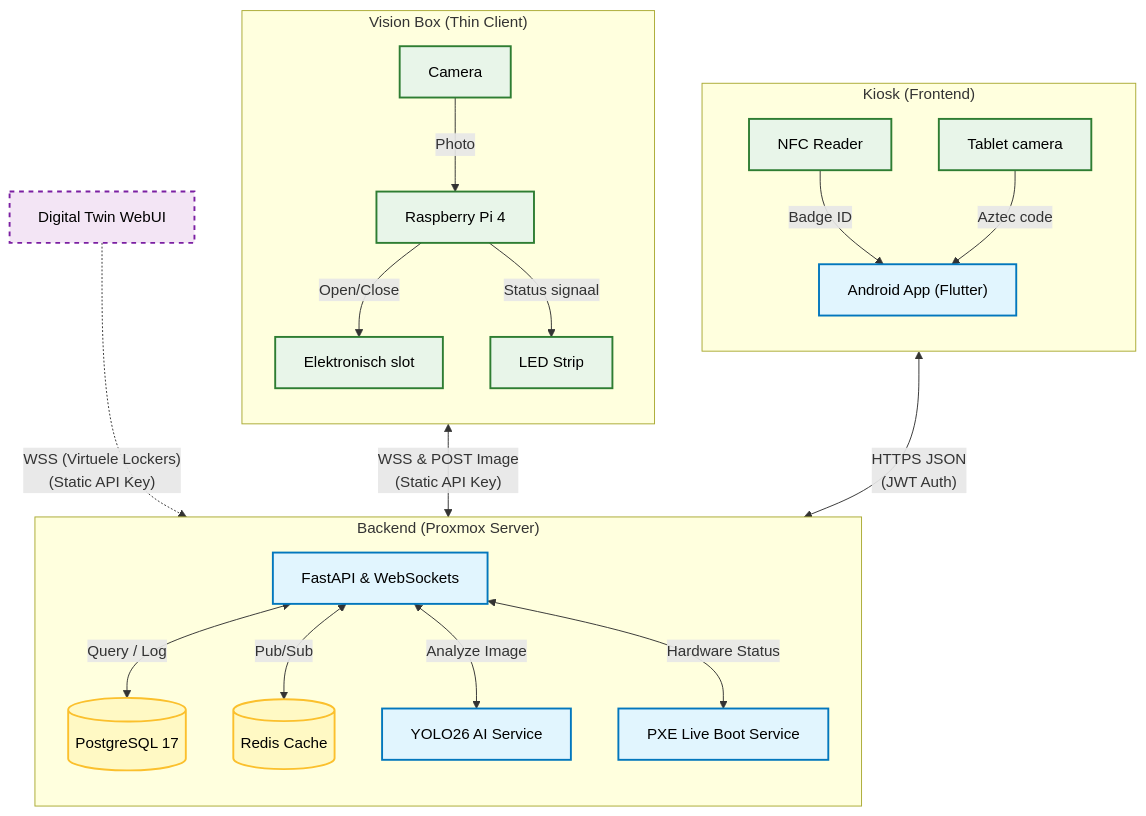
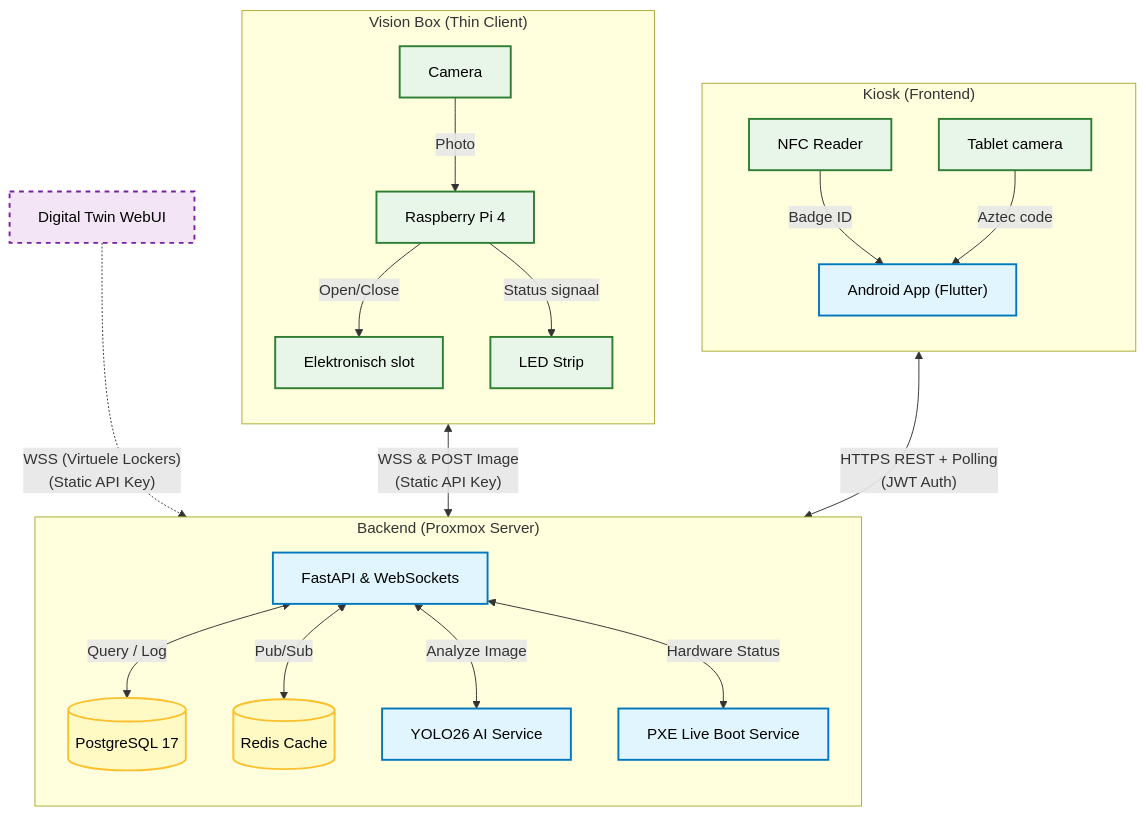
One commit to easylend-practice-enterprise/easylend changed the second of 3 diagrams in docs/architecture.md. Above: the diagram before and after it, drawn with Mermaid. The commit also changed 4 other files, not shown here.

Commit message:
docs: align architecture.md logical topology with REST polling strategy

````diff
--- a/docs/architecture.md
+++ b/docs/architecture.md
@@ -54,61 +54,61 @@
 ```mermaid
 flowchart TD
     %% STIJLEN (Corporate & Clean)
     classDef soft fill:#E1F5FE,stroke:#0277BD,stroke-width:2px,color:#000;
     classDef hard fill:#E8F5E9,stroke:#2E7D32,stroke-width:2px,color:#000;
     classDef data fill:#FFF9C4,stroke:#FBC02d,stroke-width:2px,color:#000;
     classDef sim  fill:#F3E5F5,stroke:#7B1FA2,stroke-width:2px,stroke-dasharray: 5 5,color:#000;
 
     %% DOMEIN 1: KIOSK (LINKS)
     subgraph Kiosk ["Kiosk (Frontend)"]
         direction TB
         NFC[NFC Reader]:::hard
         CamTab["Tablet camera"]:::hard
         App["Android App (Flutter)"]:::soft
         
         NFC -->|Badge ID| App
         CamTab -->|Aztec code| App
     end
 
     %% DOMEIN 2: BACKEND (MIDDEN)
     subgraph Backend ["Backend (Proxmox Server)"]
         direction TB
         API["FastAPI & WebSockets"]:::soft
         AIService["YOLO26 AI Service"]:::soft
         PXE["PXE Live Boot Service"]:::soft
         DB[(PostgreSQL 17)]:::data
         Redis[(Redis Cache)]:::data
         
         API <-->|"Query / Log"| DB
         API <-->|"Pub/Sub"| Redis
         API <-->|"Analyze Image"| AIService
         API <-->|"Hardware Status"| PXE
     end
 
     %% DOMEIN 3: VISION BOX (RECHTS)
     subgraph Box ["Vision Box (Thin Client)"]
         direction TB
         RPi["Raspberry Pi 4"]:::hard
         CamBox[Camera]:::hard
         Lock["Elektronisch slot"]:::hard
         LED["LED Strip"]:::hard
         
         CamBox -->|Photo| RPi
         RPi -->|"Open/Close"| Lock
         RPi -->|"Status signaal"| LED
     end
 
     %% SIMULATIE (ONDER)
     Sim["Digital Twin WebUI"]:::sim
 
     %% HOOFD VERBINDINGEN
     
     %% Kiosk praat met API
-    App <-->|"HTTPS JSON<br/>(JWT Auth)"| API
+    App <-->|"HTTPS REST + Polling<br/>(JWT Auth)"| API
 
     %% API praat met Box
     RPi <-->|"WSS & POST Image<br/>(Static API Key)"| API
 
     %% Simulatie test de API
     Sim -.->|"WSS (Virtuele Lockers)<br/>(Static API Key)"| API
 ```
````
